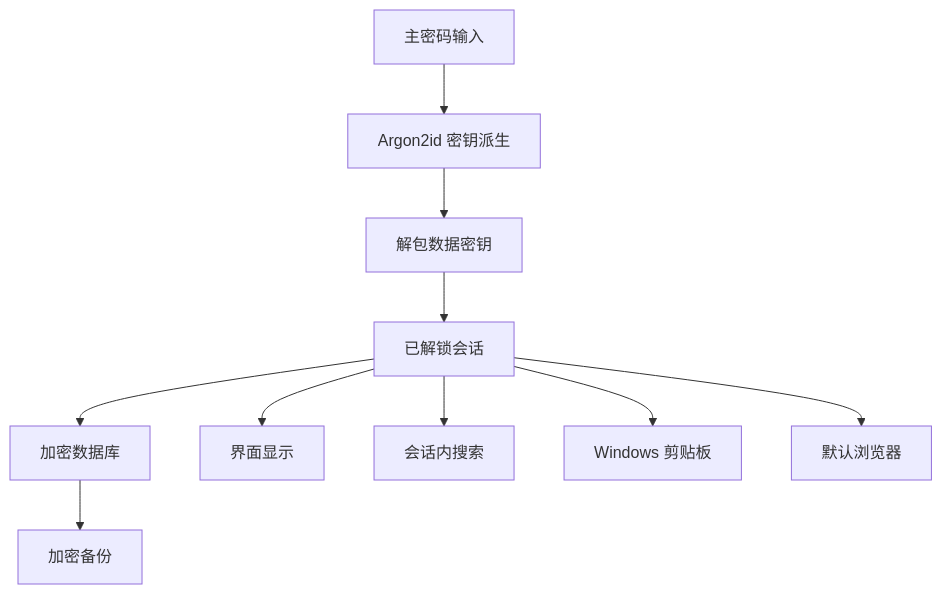
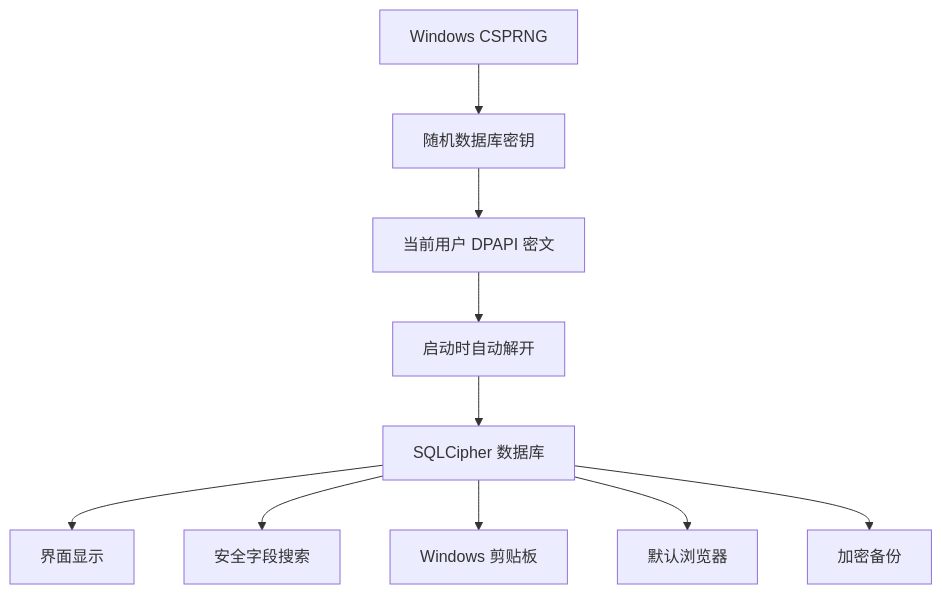
Before and after one commit to AnkoFan/web-password-manager: the diagram in docs/04-security/THREAT_MODEL.md, drawn with Mermaid. The commit also changed other lines of this file and 31 other files, not shown here.

````diff
--- a/docs/04-security/THREAT_MODEL.md
+++ b/docs/04-security/THREAT_MODEL.md
@@ -38,12 +38,12 @@
 ```mermaid
 flowchart TD
-    MP["主密码输入"] --> KDF["Argon2id 密钥派生"]
-    KDF --> UNWRAP["解包数据密钥"]
-    UNWRAP --> SESSION["已解锁会话"]
-    SESSION --> DB["加密数据库"]
-    SESSION --> UI["界面显示"]
-    SESSION --> SEARCH["会话内搜索"]
-    SESSION --> CLIP["Windows 剪贴板"]
-    SESSION --> URL["默认浏览器"]
+    CSPRNG["Windows CSPRNG"] --> KEY["随机数据库密钥"]
+    KEY --> DPAPI["当前用户 DPAPI 密文"]
+    DPAPI --> OPEN["启动时自动解开"]
+    OPEN --> DB["SQLCipher 数据库"]
+    DB --> UI["界面显示"]
+    DB --> SEARCH["安全字段搜索"]
+    DB --> CLIP["Windows 剪贴板"]
+    DB --> URL["默认浏览器"]
     DB --> BACKUP["加密备份"]
 ```
````
